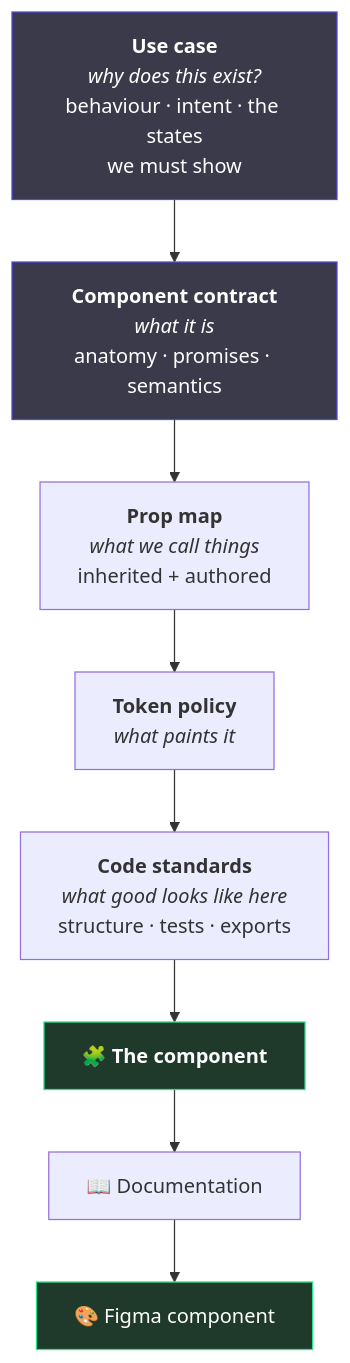
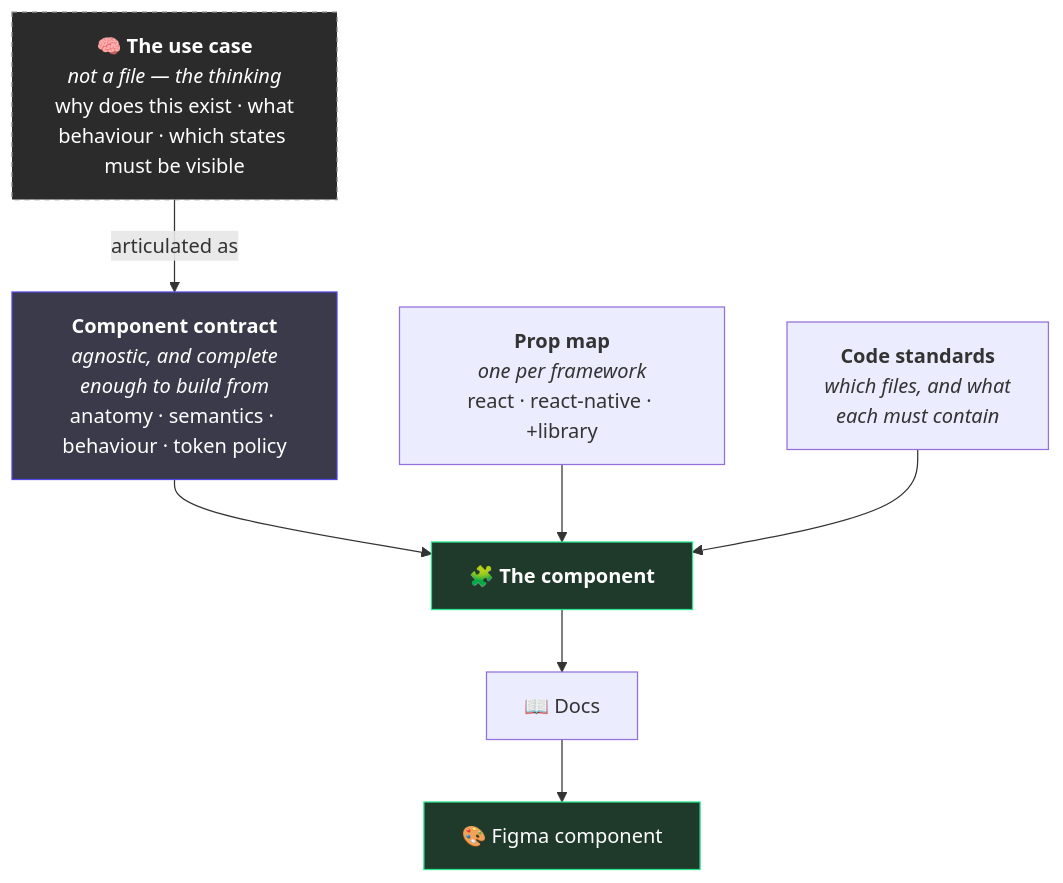
One commit to cris-achiardi/weave-ds-template changed the first of 2 diagrams in docs/documentation/01-what-this-is.md. Above: the diagram before and after it, drawn with Mermaid. The commit also changed other lines of this file and 1 other file, not shown here.

````diff
--- a/docs/documentation/01-what-this-is.md
+++ b/docs/documentation/01-what-this-is.md
@@ -30,18 +30,21 @@
 ```mermaid
 flowchart TD
-  U["<b>Use case</b><br/><i>why does this exist?</i><br/>behaviour · intent · the states<br/>we must show"]
-  C["<b>Component contract</b><br/><i>what it is</i><br/>anatomy · promises · semantics"]
-  P["<b>Prop map</b><br/><i>what we call things</i><br/>inherited + authored"]
-  S["<b>Token policy</b><br/><i>what paints it</i>"]
-  G["<b>Code standards</b><br/><i>what good looks like here</i><br/>structure · tests · exports"]
+  U["🧠 <b>The use case</b><br/><i>not a file — the thinking</i><br/>why does this exist · what<br/>behaviour · which states must be visible"]
+  C["<b>Component contract</b><br/><i>agnostic, and complete<br/>enough to build from</i><br/>anatomy · semantics · behaviour · token policy"]
+  P["<b>Prop map</b><br/><i>one per framework</i><br/>react · react-native · +library"]
+  G["<b>Code standards</b><br/><i>which files, and what<br/>each must contain</i>"]
   B["🧩 <b>The component</b>"]
-  D["📖 Documentation"]
+  D["📖 Docs"]
   F["🎨 Figma component"]
 
-  U --> C --> P --> S --> G --> B --> D --> F
+  U -->|"articulated as"| C
+  C --> B
+  P --> B
+  G --> B
+  B --> D --> F
 
-  style U fill:#3a3a4a,stroke:#5146e6,color:#fff
+  style U fill:#2b2b2b,stroke:#888,color:#fff,stroke-dasharray: 4 4
   style C fill:#3a3a4a,stroke:#5146e6,color:#fff
   style B fill:#1f3a2a,stroke:#26e589,color:#fff
   style F fill:#1f3a2a,stroke:#26e589,color:#fff
 ```
````
